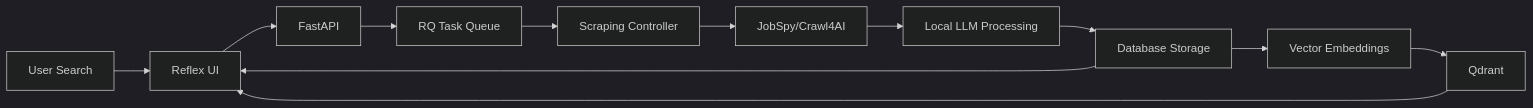
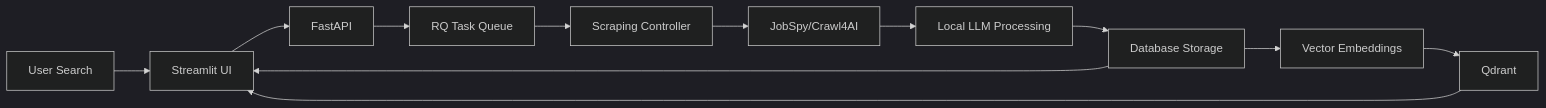
Before and after one commit to BjornMelin/ai-job-scraper: the diagram in docs/adrs/ARCHITECTURE_OVERVIEW.md, drawn with Mermaid (dark theme). The commit also changed other lines of this file and 3 other files, not shown here.

````diff
--- a/docs/adrs/ARCHITECTURE_OVERVIEW.md
+++ b/docs/adrs/ARCHITECTURE_OVERVIEW.md
@@ -30,14 +30,14 @@
 ```mermaid
 graph LR
-    A[User Search] --> B[Reflex UI]
+    A[User Search] --> B[Streamlit UI]
     B --> C[FastAPI]
     C --> D[RQ Task Queue]
     D --> E[Scraping Controller]
     E --> F[JobSpy/Crawl4AI]
     F --> G[Local LLM Processing]
     G --> H[Database Storage]
     H --> I[Vector Embeddings]
     I --> J[Qdrant]
     H --> B
     J --> B
 ```
````
